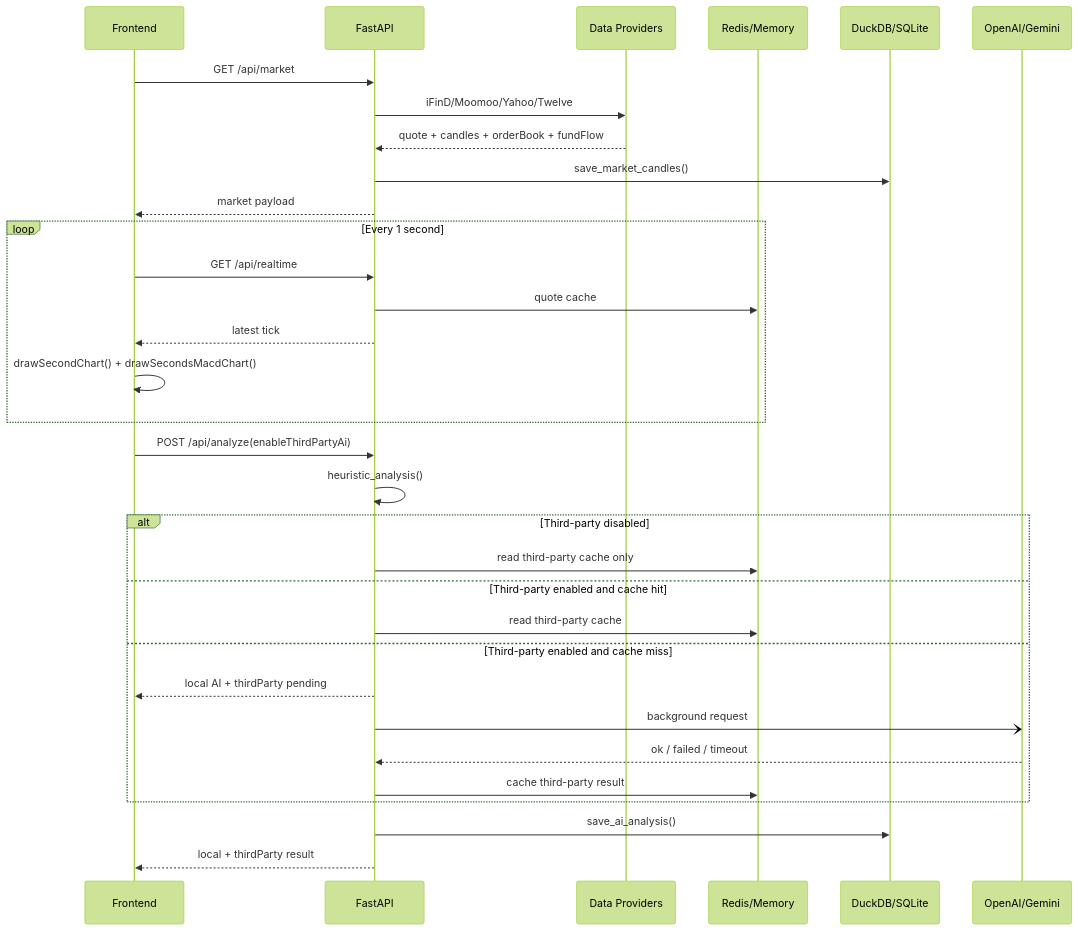
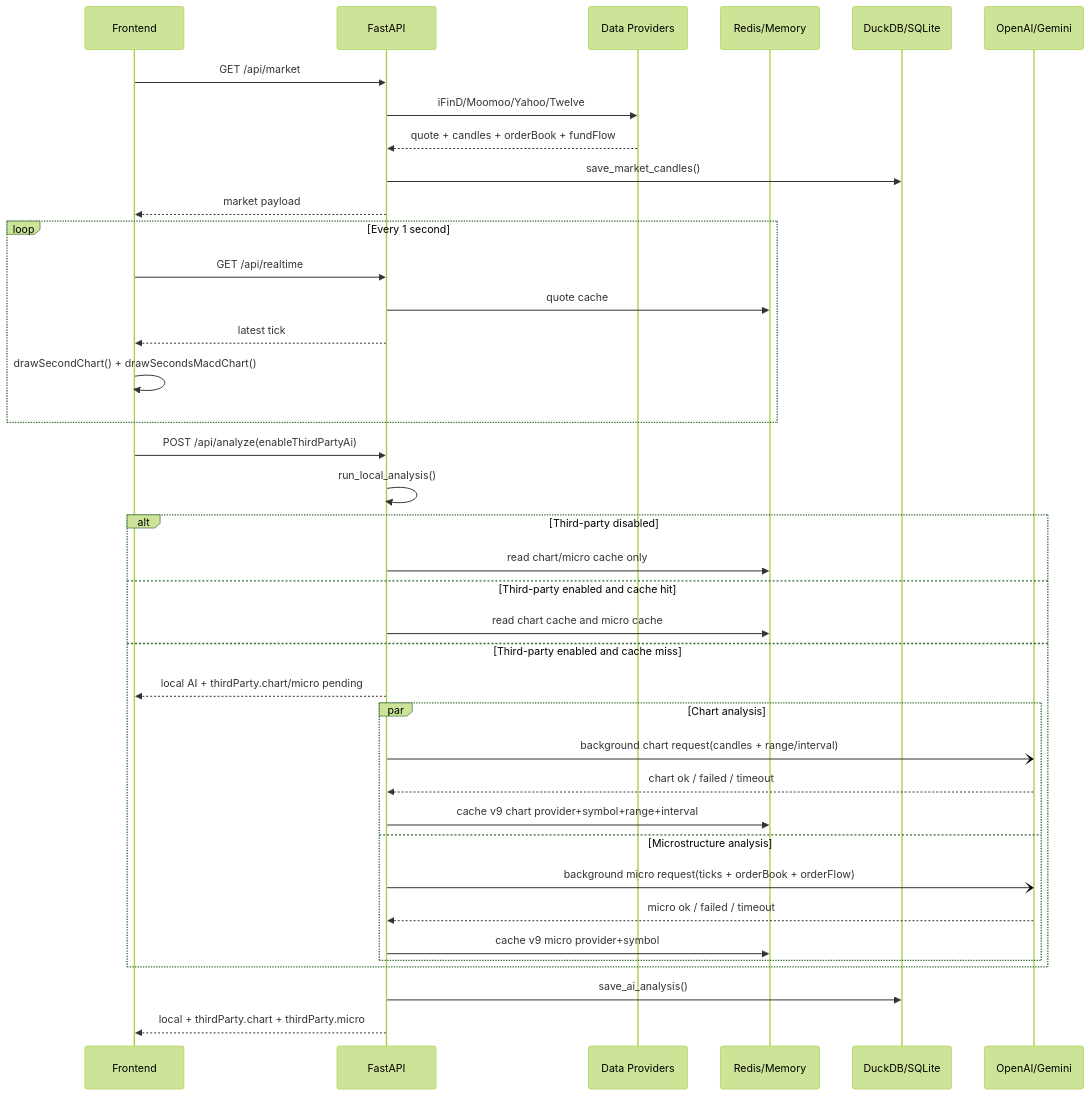
One commit to xrcloudnet/L2LLM changed the sixth of 9 diagrams in docs/project_functions_uml.md. Above: the diagram before and after it, drawn with Mermaid (forest theme). The commit also changed other lines of this file and 6 other files, not shown here.

Commit message:
Update third-party AI analysis UI and caching

````diff
--- a/docs/project_functions_uml.md
+++ b/docs/project_functions_uml.md
@@ -555,37 +730,43 @@
 ```mermaid
 sequenceDiagram
   participant UI as Frontend
   participant API as FastAPI
   participant SRC as Data Providers
   participant Cache as Redis/Memory
   participant DB as DuckDB/SQLite
   participant AI as OpenAI/Gemini
 
   UI->>API: GET /api/market
   API->>SRC: iFinD/Moomoo/Yahoo/Twelve
   SRC-->>API: quote + candles + orderBook + fundFlow
   API->>DB: save_market_candles()
   API-->>UI: market payload
 
   loop Every 1 second
     UI->>API: GET /api/realtime
     API->>Cache: quote cache
     API-->>UI: latest tick
     UI->>UI: drawSecondChart() + drawSecondsMacdChart()
   end
 
   UI->>API: POST /api/analyze(enableThirdPartyAi)
-  API->>API: heuristic_analysis()
+  API->>API: run_local_analysis()
   alt Third-party disabled
-    API->>Cache: read third-party cache only
+    API->>Cache: read chart/micro cache only
   else Third-party enabled and cache hit
-    API->>Cache: read third-party cache
+    API->>Cache: read chart cache and micro cache
   else Third-party enabled and cache miss
-    API-->>UI: local AI + thirdParty pending
-    API-)AI: background request
-    AI-->>API: ok / failed / timeout
-    API->>Cache: cache third-party result
+    API-->>UI: local AI + thirdParty.chart/micro pending
+    par Chart analysis
+      API-)AI: background chart request(candles + range/interval)
+      AI-->>API: chart ok / failed / timeout
+      API->>Cache: cache v9 chart provider+symbol+range+interval
+    and Microstructure analysis
+      API-)AI: background micro request(ticks + orderBook + orderFlow)
+      AI-->>API: micro ok / failed / timeout
+      API->>Cache: cache v9 micro provider+symbol
+    end
   end
   API->>DB: save_ai_analysis()
-  API-->>UI: local + thirdParty result
+  API-->>UI: local + thirdParty.chart + thirdParty.micro
 ```
````
